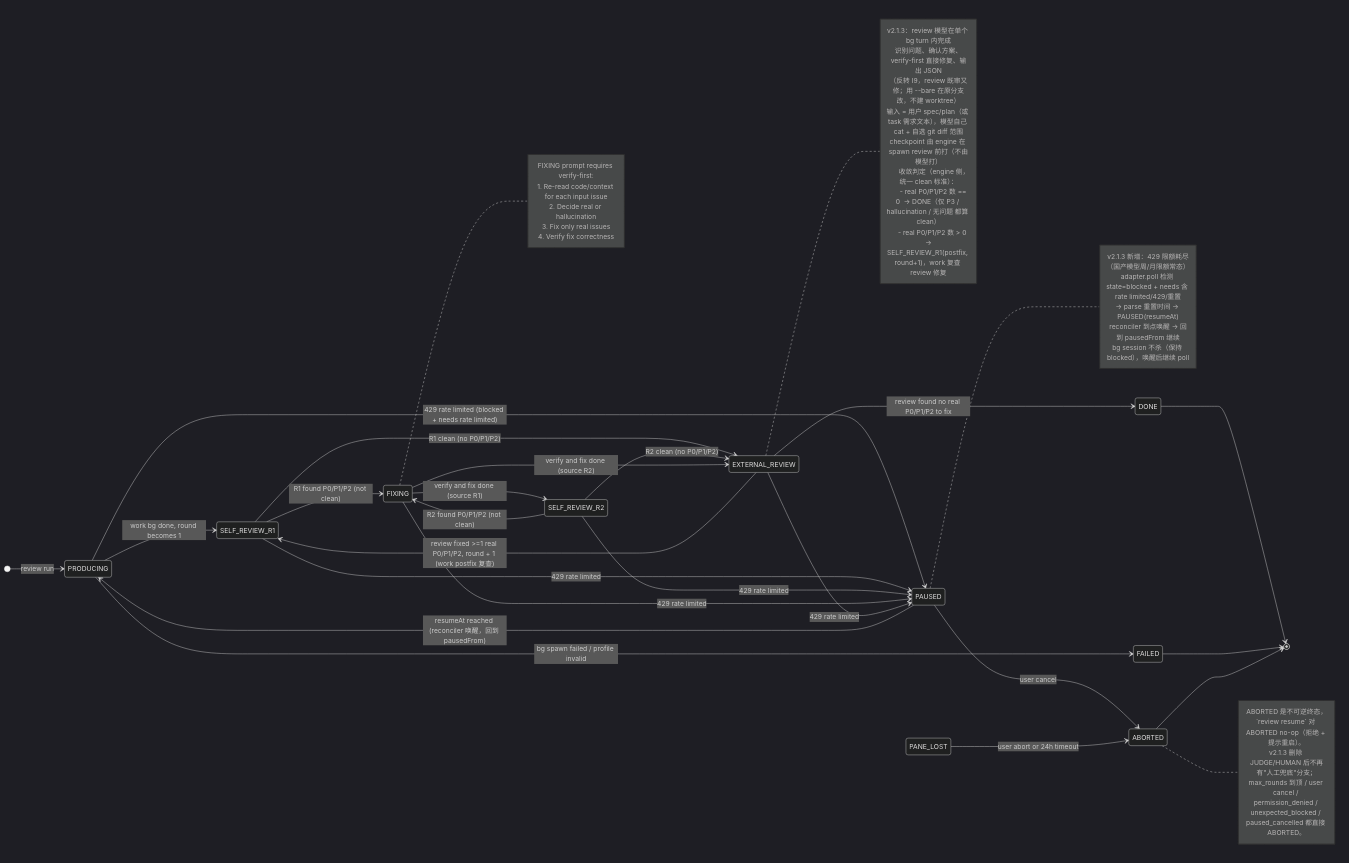
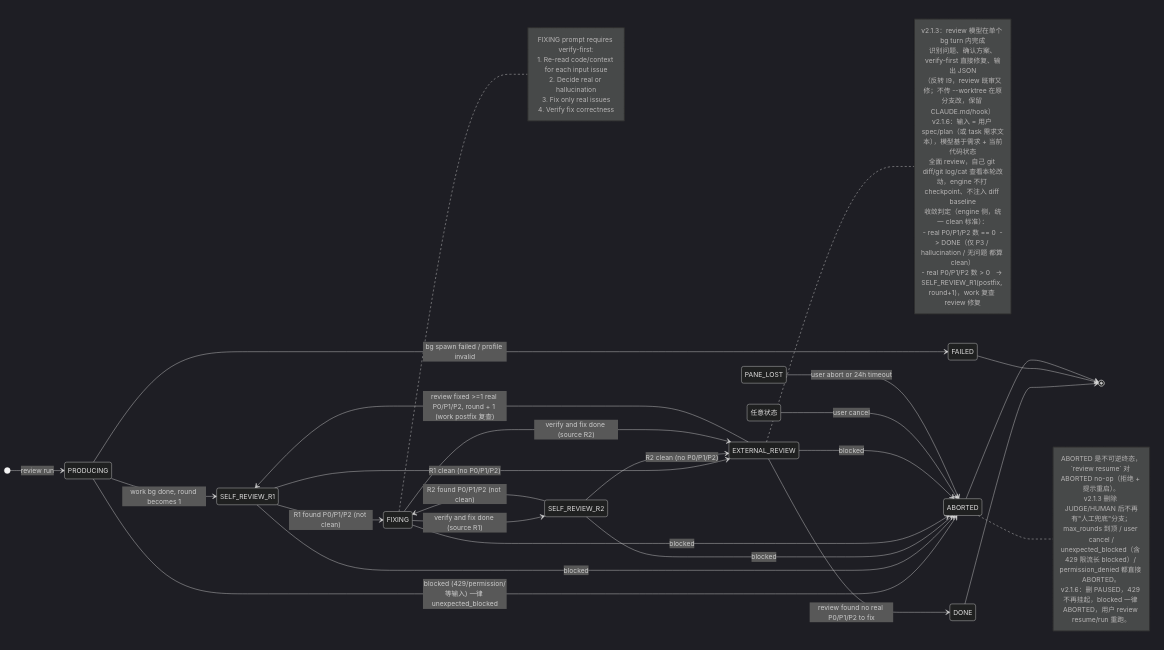
One commit to yujuntea/cc-linker changed the first of 2 diagrams in docs/superpowers/specs/review-engine-v2.1.1/state-machine.md. Above: the diagram before and after it, drawn with Mermaid (dark theme). The commit also changed other lines of this file and 4 other files, not shown here.

First line of the commit message:
docs(review-engine): v2.1.6 简化 - 删 checkpoint 体系 + 删 PAUSED 态 + 全面 review

````diff
--- a/docs/superpowers/specs/review-engine-v2.1.1/state-machine.md
+++ b/docs/superpowers/specs/review-engine-v2.1.1/state-machine.md
@@ -205,64 +194,56 @@
 ```mermaid
 stateDiagram-v2
     direction LR
 
     [*] --> PRODUCING : review run
 
     PRODUCING --> FAILED : bg spawn failed / profile invalid
     PRODUCING --> SELF_REVIEW_R1 : work bg done, round becomes 1
     SELF_REVIEW_R1 --> FIXING : R1 found P0/P1/P2 (not clean)
     SELF_REVIEW_R1 --> EXTERNAL_REVIEW : R1 clean (no P0/P1/P2)
     FIXING --> SELF_REVIEW_R2 : verify and fix done (source R1)
     SELF_REVIEW_R2 --> FIXING : R2 found P0/P1/P2 (not clean)
     SELF_REVIEW_R2 --> EXTERNAL_REVIEW : R2 clean (no P0/P1/P2)
     FIXING --> EXTERNAL_REVIEW : verify and fix done (source R2)
     EXTERNAL_REVIEW --> DONE : review found no real P0/P1/P2 to fix
     EXTERNAL_REVIEW --> SELF_REVIEW_R1 : review fixed >=1 real P0/P1/P2, round + 1 (work postfix 复查)
 
-    PRODUCING --> PAUSED : 429 rate limited (blocked + needs rate limited)
-    SELF_REVIEW_R1 --> PAUSED : 429 rate limited
-    SELF_REVIEW_R2 --> PAUSED : 429 rate limited
-    FIXING --> PAUSED : 429 rate limited
-    EXTERNAL_REVIEW --> PAUSED : 429 rate limited
-    PAUSED --> PRODUCING : resumeAt reached (reconciler 唤醒，回到 pausedFrom)
-    PAUSED --> ABORTED : user cancel
+    PRODUCING --> ABORTED : blocked (429/permission/等输入) 一律 unexpected_blocked
+    SELF_REVIEW_R1 --> ABORTED : blocked
+    SELF_REVIEW_R2 --> ABORTED : blocked
+    FIXING --> ABORTED : blocked
+    EXTERNAL_REVIEW --> ABORTED : blocked
+    任意状态 --> ABORTED : user cancel
 
     PANE_LOST --> ABORTED : user abort or 24h timeout
 
     DONE --> [*]
     FAILED --> [*]
     ABORTED --> [*]
 
     note right of ABORTED
       ABORTED 是不可逆终态，`review resume` 对 ABORTED no-op（拒绝 + 提示重启）。
-      v2.1.3 删除 JUDGE/HUMAN 后不再有"人工兜底"分支；max_rounds 到顶 / user cancel / permission_denied / unexpected_blocked / paused_cancelled 都直接 ABORTED。
+      v2.1.3 删除 JUDGE/HUMAN 后不再有"人工兜底"分支；max_rounds 到顶 / user cancel /
+      unexpected_blocked（含 429 限流长 blocked）/ permission_denied 都直接 ABORTED。
+      v2.1.6：删 PAUSED，429 不再挂起，blocked 一律 ABORTED，用户 review resume/run 重跑。
     end note
 
     note right of FIXING
       FIXING prompt requires verify-first:
       1. Re-read code/context for each input issue
       2. Decide real or hallucination
       3. Fix only real issues
       4. Verify fix correctness
     end note
 
     note right of EXTERNAL_REVIEW
       v2.1.3：review 模型在单个 bg turn 内完成
       识别问题、确认方案、verify-first 直接修复、输出 JSON
-      （反转 I9，review 既审又修；用 --bare 在原分支改，不建 worktree）
-      输入 = 用户 spec/plan（或 task 需求文本），模型自己 cat + 自选 git diff 范围
-      checkpoint 由 engine 在 spawn review 前打（不由模型打）
-
+      （反转 I9，review 既审又修；不传 --worktree 在原分支改，保留 CLAUDE.md/hook）
+      v2.1.6：输入 = 用户 spec/plan（或 task 需求文本），模型基于需求 + 当前代码状态
+      全面 review，自己 git diff/git log/cat 查看本轮改动，engine 不打 checkpoint、不注入 diff baseline
       收敛判定（engine 侧，统一 clean 标准）：
       - real P0/P1/P2 数 == 0  -> DONE（仅 P3 / hallucination / 无问题 都算 clean）
       - real P0/P1/P2 数 > 0   -> SELF_REVIEW_R1(postfix, round+1)，work 复查 review 修复
     end note
-
-    note right of PAUSED
-      v2.1.3 新增：429 限额耗尽（国产模型周/月限额常态）
-      adapter.poll 检测 state=blocked + needs 含 rate limited/429/重置
-      -> parse 重置时间 -> PAUSED(resumeAt)
-      reconciler 到点唤醒 -> 回到 pausedFrom 继续
-      bg session 不杀（保持 blocked），唤醒后继续 poll
-    end note
 ```
````
